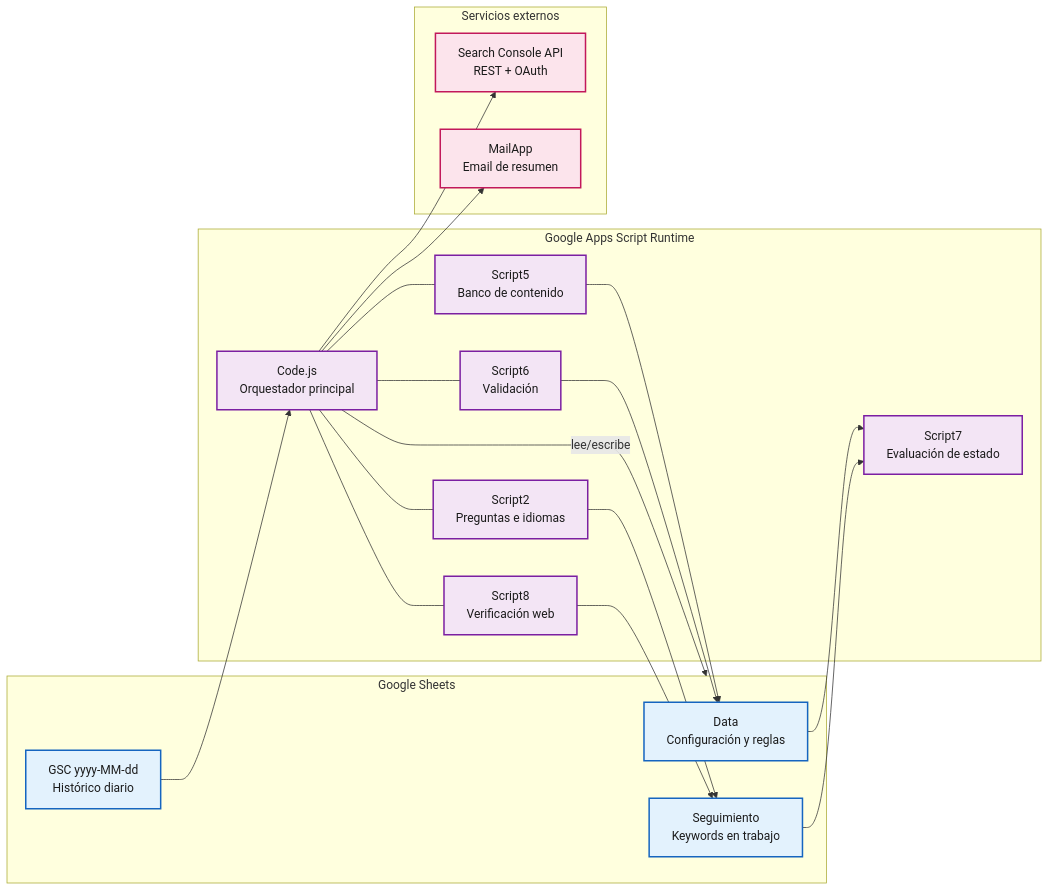
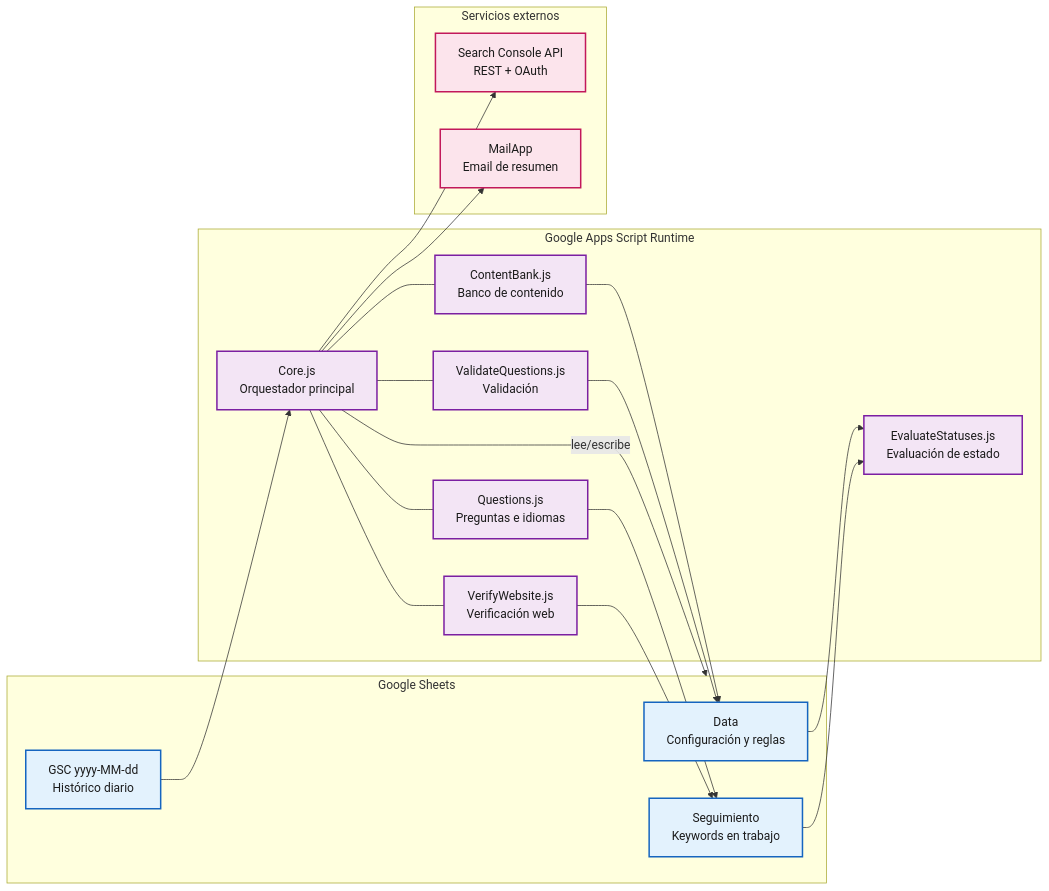
The first of 2 diagrams in ARQUITECTURA_DIAGRAMAS.md (yadenispinero/keywords-gsc), drawn with Mermaid before and after one commit. The commit also changed other lines of this file and 9 other files, not shown here.

````diff
--- a/ARQUITECTURA_DIAGRAMAS.md
+++ b/ARQUITECTURA_DIAGRAMAS.md
@@ -7,47 +7,47 @@
 ```mermaid
 flowchart LR
     classDef external fill:#E8F5E9,stroke:#2E7D32,stroke-width:2px,color:#1B1B1B
     classDef sheets fill:#E3F2FD,stroke:#1565C0,stroke-width:2px,color:#1B1B1B
     classDef appscript fill:#F3E5F5,stroke:#7B1FA2,stroke-width:2px,color:#1B1B1B
     classDef helper fill:#FFF3E0,stroke:#EF6C00,stroke-width:2px,color:#1B1B1B
     classDef api fill:#FCE4EC,stroke:#C2185B,stroke-width:2px,color:#1B1B1B
 
     subgraph GS["Google Sheets"]
         A["Data<br/>Configuración y reglas"]
         B["Seguimiento<br/>Keywords en trabajo"]
         C["GSC yyyy-MM-dd<br/>Histórico diario"]
     end
 
     subgraph AS["Google Apps Script Runtime"]
-        D["Code.js<br/>Orquestador principal"]
-        E["Script7<br/>Evaluación de estado"]
-        F["Script2<br/>Preguntas e idiomas"]
-        G["Script5<br/>Banco de contenido"]
-        H["Script6<br/>Validación"]
-        I["Script8<br/>Verificación web"]
+        D["Core.js<br/>Orquestador principal"]
+        E["EvaluateStatuses.js<br/>Evaluación de estado"]
+        F["Questions.js<br/>Preguntas e idiomas"]
+        G["ContentBank.js<br/>Banco de contenido"]
+        H["ValidateQuestions.js<br/>Validación"]
+        I["VerifyWebsite.js<br/>Verificación web"]
     end
 
     subgraph EXT["Servicios externos"]
         J["Search Console API<br/>REST + OAuth"]
         K["MailApp<br/>Email de resumen"]
     end
 
     A --> E
     B --> E
     C --> D
     D --> J
     D --> K
     D -->|lee/escribe| GS
     D --- F
     D --- G
     D --- H
     D --- I
     F --> B
     G --> A
     H --> A
     I --> B
 
     class A,B,C sheets
     class D,E,F,G,H,I appscript
     class J,K api
 ```
````
